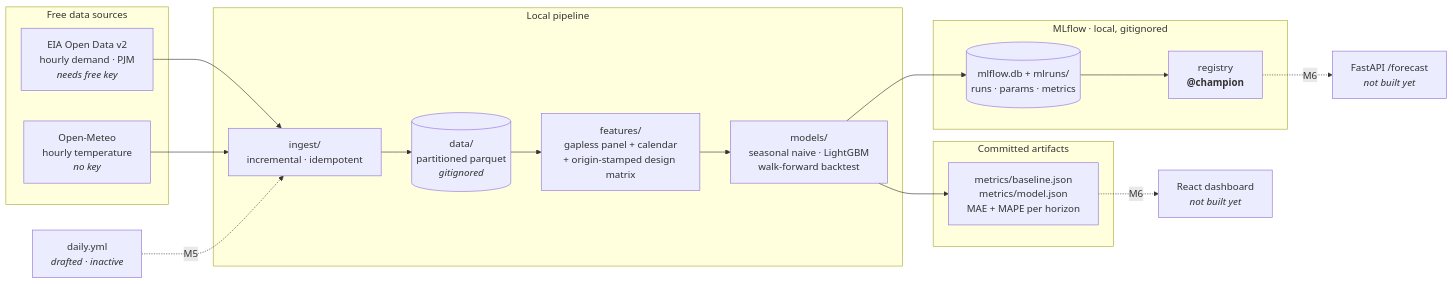
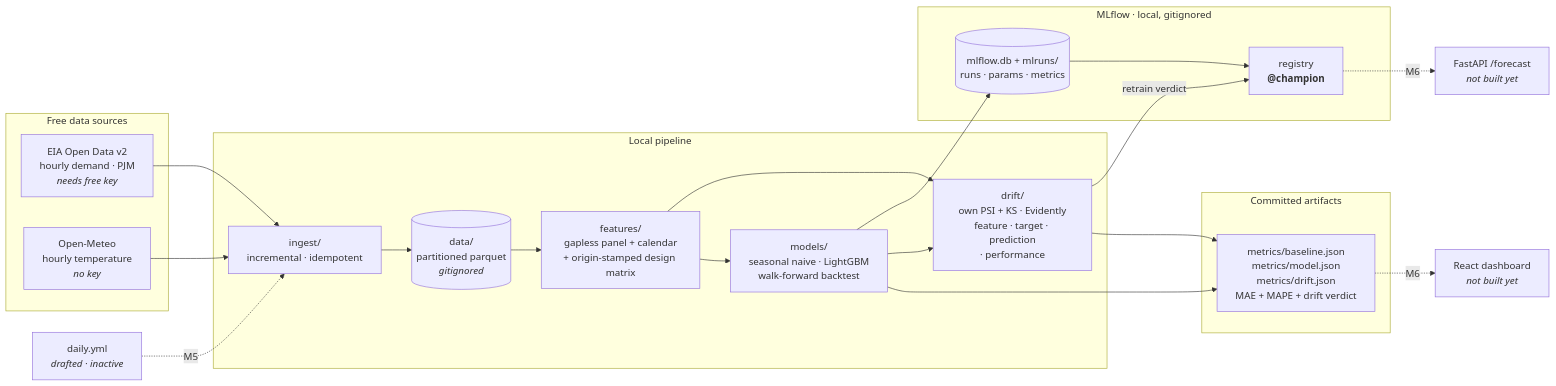
Before and after one commit to rmonteiro-pereira/energy-forecast-drift: the diagram in README.md, drawn with Mermaid. The commit also changed other lines of this file and 19 other files, not shown here.

First line of the commit message:
feat(drift): four drift types, own PSI+KS, structured retrain verdict (M4)

````diff
--- a/README.md
+++ b/README.md
@@ -37,32 +38,36 @@
 ```mermaid
 flowchart LR
     subgraph sources["Free data sources"]
         EIA["EIA Open Data v2<br/>hourly demand · PJM<br/><i>needs free key</i>"]
         OM["Open-Meteo<br/>hourly temperature<br/><i>no key</i>"]
     end
 
     subgraph pipeline["Local pipeline"]
         ING["ingest/<br/>incremental · idempotent"]
         LAKE[("data/<br/>partitioned parquet<br/><i>gitignored</i>")]
         FEAT["features/<br/>gapless panel + calendar<br/>+ origin-stamped design matrix"]
         MODEL["models/<br/>seasonal naive · LightGBM<br/>walk-forward backtest"]
+        DRIFT["drift/<br/>own PSI + KS · Evidently<br/>feature · target · prediction<br/>· performance"]
     end
 
     subgraph mlops["MLflow · local, gitignored"]
         TRACK[("mlflow.db + mlruns/<br/>runs · params · metrics")]
         REG["registry<br/><b>@champion</b>"]
     end
 
     subgraph published["Committed artifacts"]
-        METRICS["metrics/baseline.json<br/>metrics/model.json<br/>MAE + MAPE per horizon"]
+        METRICS["metrics/baseline.json<br/>metrics/model.json<br/>metrics/drift.json<br/>MAE + MAPE + drift verdict"]
     end
 
     EIA --> ING
     OM --> ING
     ING --> LAKE --> FEAT --> MODEL --> METRICS
+    FEAT --> DRIFT --> METRICS
+    MODEL --> DRIFT
     MODEL --> TRACK --> REG
+    DRIFT -->|"retrain verdict"| REG
     REG -.->|"M6"| SERVE["FastAPI /forecast<br/><i>not built yet</i>"]
 
     CRON["daily.yml<br/><i>drafted · inactive</i>"] -.->|"M5"| ING
     METRICS -.->|"M6"| DASH["React dashboard<br/><i>not built yet</i>"]
 ```
````
